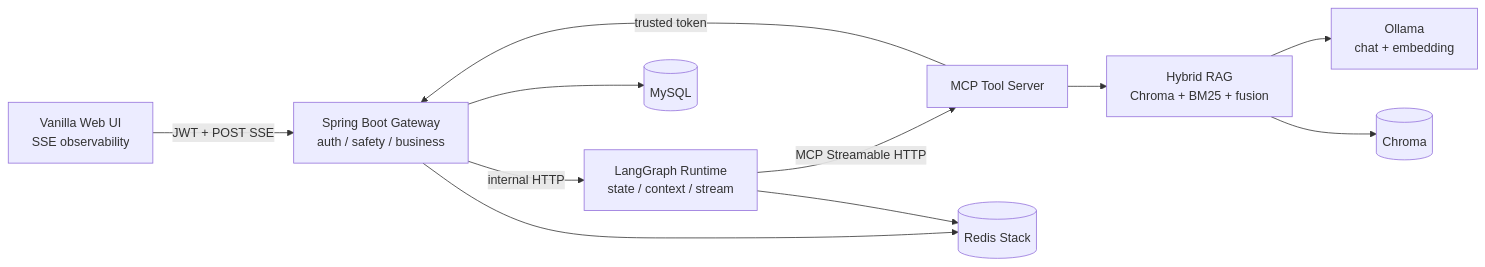
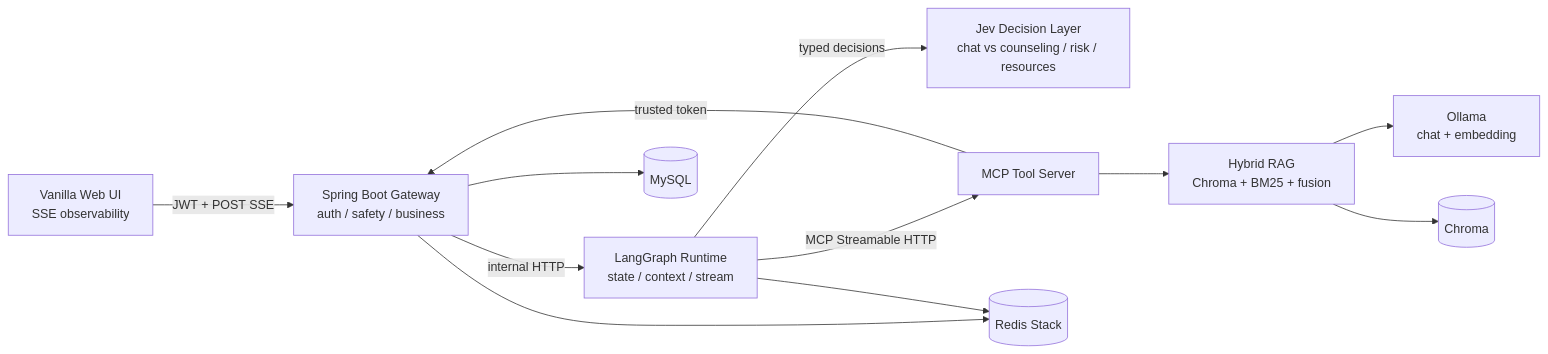
Before and after one commit to Vaniloo/psych-agent-engineering: the diagram in README.md, drawn with Mermaid. The commit also changed other lines of this file and 38 other files, not shown here.

Commit message:
feat: add Jev decision hierarchy and bounded capability layer

````diff
--- a/README.md
+++ b/README.md
@@ -9,13 +11,14 @@
 ```mermaid
 flowchart LR
     UI["Vanilla Web UI<br/>SSE observability"] -->|JWT + POST SSE| GW["Spring Boot Gateway<br/>auth / safety / business"]
     GW -->|internal HTTP| LG["LangGraph Runtime<br/>state / context / stream"]
+    LG -->|typed decisions| JEV["Jev Decision Layer<br/>chat vs counseling / risk / resources"]
     LG -->|MCP Streamable HTTP| MCP["MCP Tool Server"]
     MCP -->|trusted token| GW
     MCP --> RAG["Hybrid RAG<br/>Chroma + BM25 + fusion"]
     RAG --> OL["Ollama<br/>chat + embedding"]
     GW --> MYSQL[("MySQL")]
     GW --> REDIS[("Redis Stack")]
     LG --> REDIS
     RAG --> CHROMA[("Chroma")]
 ```
````
